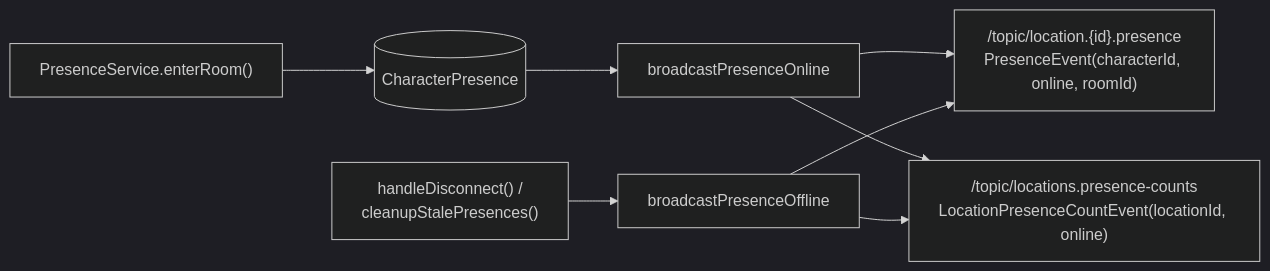
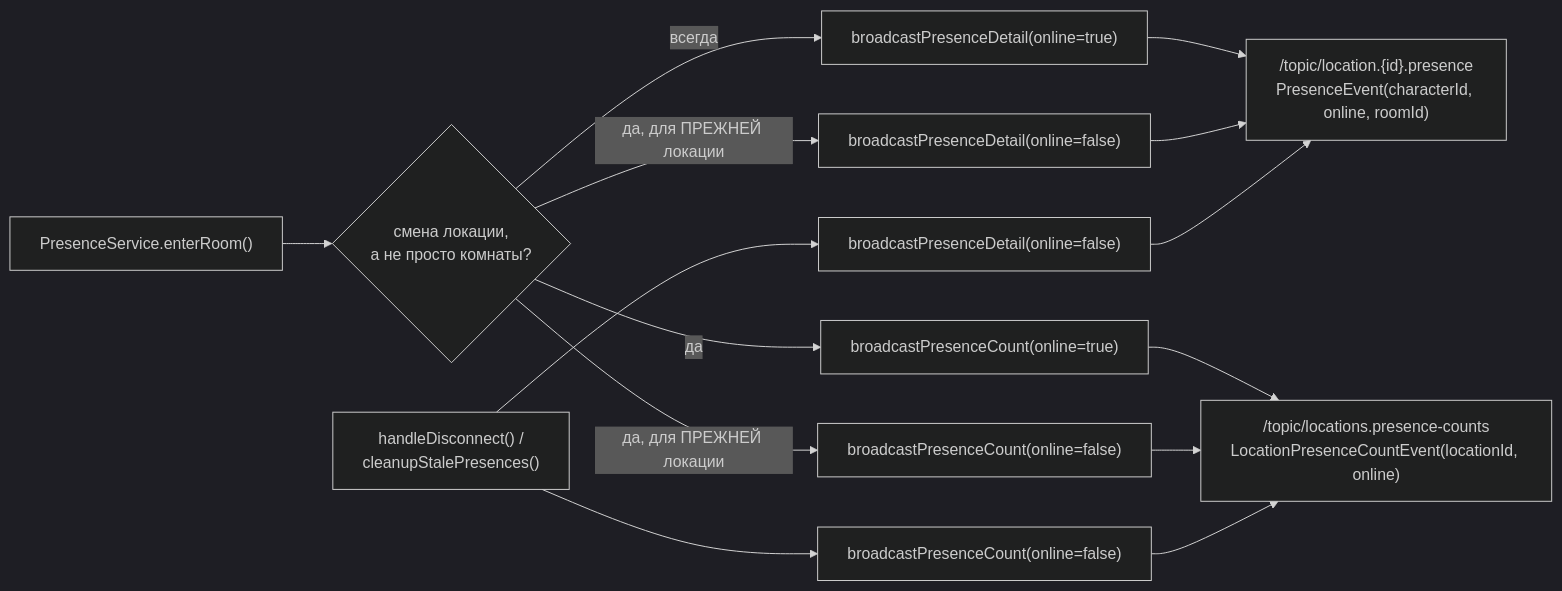
One commit to paulselikhov-cpu/platform changed the fourth of 4 diagrams in documentation/online-tracking-architecture.md. Above: the diagram before and after it, drawn with Mermaid (dark theme). The commit also changed other lines of this file, not shown here.

````diff
--- a/documentation/online-tracking-architecture.md
+++ b/documentation/online-tracking-architecture.md
@@ -149,11 +153,20 @@
 ```mermaid
 flowchart LR
-    Enter["PresenceService.enterRoom()"] --> Save[(CharacterPresence)]
-    Save --> B1["broadcastPresenceOnline"]
-    B1 --> T1["/topic/location.{id}.presence<br/>PresenceEvent(characterId, online, roomId)"]
-    B1 --> T2["/topic/locations.presence-counts<br/>LocationPresenceCountEvent(locationId, online)"]
+    Enter["PresenceService.enterRoom()"] --> Check{"смена локации,<br/>а не просто комнаты?"}
 
-    Disconnect["handleDisconnect() /<br/>cleanupStalePresences()"] --> B2["broadcastPresenceOffline"]
-    B2 --> T1
-    B2 --> T2
+    Check -->|"всегда"| Detail1["broadcastPresenceDetail(online=true)"]
+    Detail1 --> T1["/topic/location.{id}.presence<br/>PresenceEvent(characterId, online, roomId)"]
+
+    Check -->|"да"| Count1["broadcastPresenceCount(online=true)"]
+    Count1 --> T2["/topic/locations.presence-counts<br/>LocationPresenceCountEvent(locationId, online)"]
+
+    Check -->|"да, для ПРЕЖНЕЙ локации"| Detail2["broadcastPresenceDetail(online=false)"]
+    Check -->|"да, для ПРЕЖНЕЙ локации"| Count2["broadcastPresenceCount(online=false)"]
+    Detail2 --> T1
+    Count2 --> T2
+
+    Disconnect["handleDisconnect() /<br/>cleanupStalePresences()"] --> Detail3["broadcastPresenceDetail(online=false)"]
+    Disconnect --> Count3["broadcastPresenceCount(online=false)"]
+    Detail3 --> T1
+    Count3 --> T2
 ```
````
